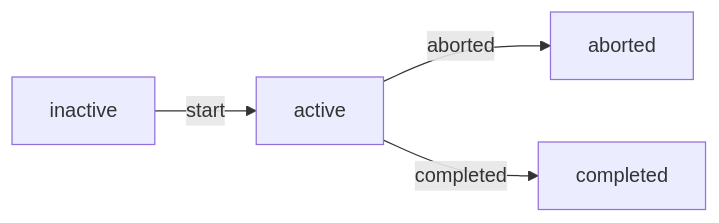
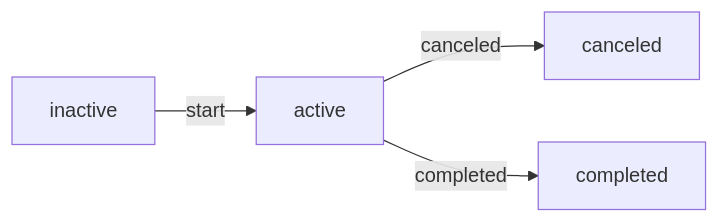
The first of 10 diagrams in README.md (tlangan1/Life-Helper-Backend), drawn with Mermaid before and after one commit. The commit also changed other lines of this file and 15 other files, not shown here.

````diff
--- a/README.md
+++ b/README.md
@@ -59,6 +59,6 @@
 ```mermaid
   flowchart LR
       inactive-- "start" -->active
-      active-- "aborted" -->aborted
+      active-- "canceled" -->canceled
       active-- "completed" -->completed
 ```
````
